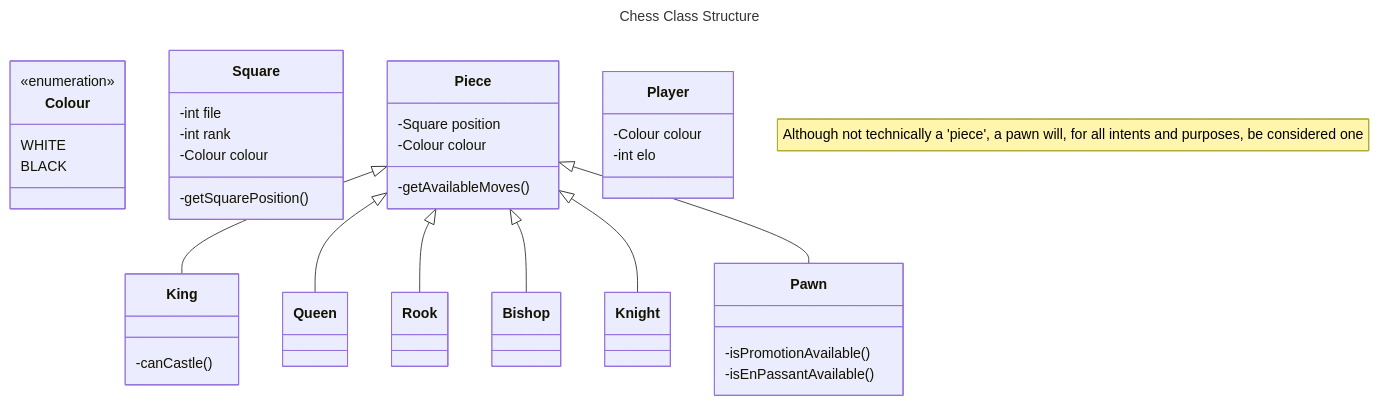
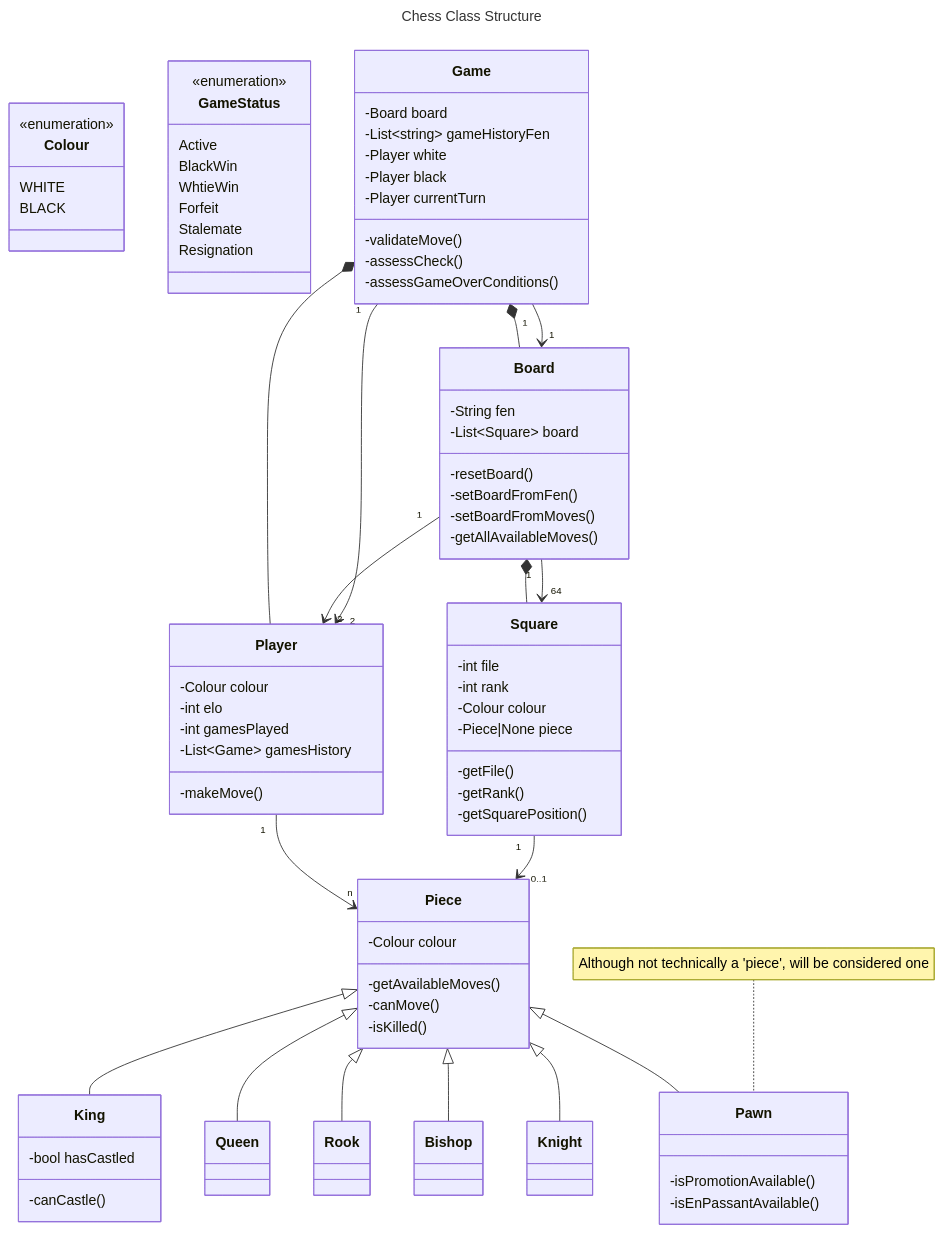
One commit to ZeeshanBari/chess changed the diagram in README.md. Above: the diagram before and after it, drawn with Mermaid. The commit also changed other lines of this file and 1 other file, not shown here.

Commit message:
Add Low Level and System Design Docs

````diff
--- a/README.md
+++ b/README.md
@@ -39,23 +39,24 @@
 title: Chess Class Structure
 ---
 classDiagram
-    note "Although not technically a 'piece', a pawn will, for all intents and purposes, be considered one"
-
-    %% Types and Interfaces
 
     class Colour{
         <<enumeration>>
         WHITE
         BLACK
     }
-    class Square{
-        -int file
-        -int rank
-        -getSquarePosition()
-        -Colour colour
+
+    class GameStatus{
+        <<enumeration>>
+        Active
+        BlackWin
+        WhtieWin
+        Forfeit
+        Stalemate
+        Resignation
     }
 
-    %% Pieces
+    note for Pawn "Although not technically a 'piece', will be considered one"
 
     Piece <|-- King
     Piece <|-- Queen
@@ -64,19 +65,66 @@
     Piece <|-- Knight
     Piece <|-- Pawn
 
+	Square "1" --> "0..1" Piece 
+	Board "1" --> "64" Square
+	Game "1" --> "2" Player 
+	Board "1" --> "2" Player 
+	Game "1" --> "1" Board
+	Player "1" --> "n" Piece
+
+    Pawn: -isPromotionAvailable()
+    Pawn: -isEnPassantAvailable()
+    King: -bool hasCastled
+    King: -canCastle()
+
+    class Square{
+        -int file
+        -int rank
+        -getFile()
+        -getRank()
+        -getSquarePosition()
+        -Colour colour
+		-Piece|None piece
+    }
+
     class Piece{
-        -Square position
         -Colour colour
         -getAvailableMoves()
+        -canMove()
+        -isKilled()
     }
-    Pawn: -isPromotionAvailable()
-    Pawn: -isEnPassantAvailable()
-    King: -canCastle()
-
-    %% Players
 
     class Player{
         -Colour colour
         -int elo
+		-int gamesPlayed
+		-List~Game~ gamesHistory 
+		-makeMove()
     }
+
+	Board *-- Square
+
+	class Board{
+		-String fen
+		-List~Square~ board
+		-resetBoard()
+		-setBoardFromFen()
+		-setBoardFromMoves()
+		-getAllAvailableMoves()
+	}
+
+	Game *-- Board
+	Game *-- Player 
+
+	class Game{
+		-Board board
+		-List~string~ gameHistoryFen
+		-Player white
+		-Player black
+		-Player currentTurn
+		-validateMove()
+		-assessCheck()
+		-assessGameOverConditions()
+	}
+
 ```
````
